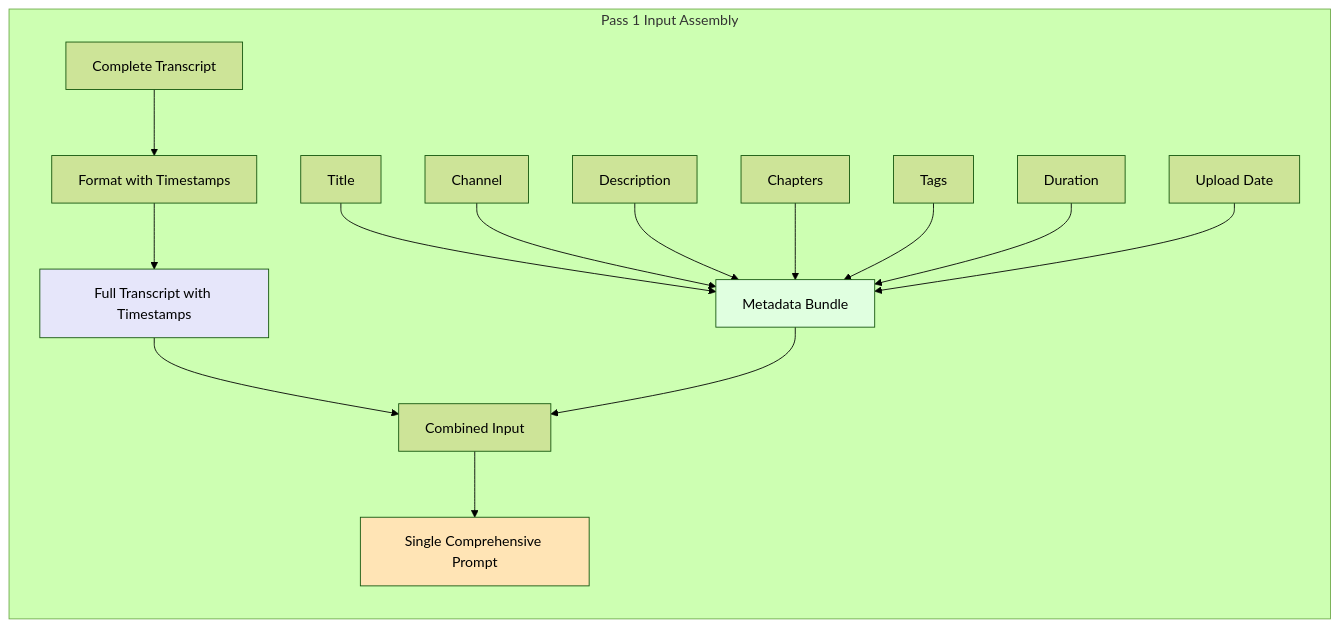
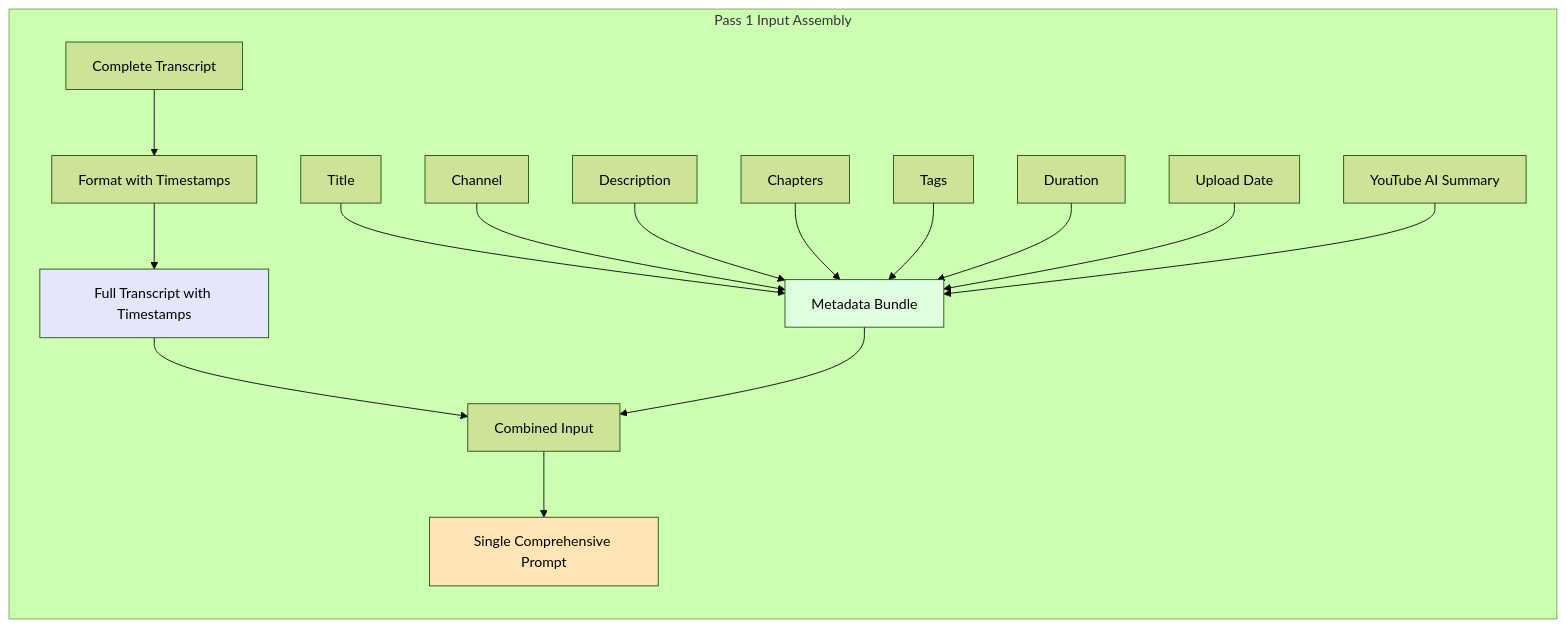
One commit to msg43/Knowledge_Chipper changed the fifth of 16 diagrams in WHOLE_DOCUMENT_MINING_DETAILED_PLAN.md. Above: the diagram before and after it, drawn with Mermaid (forest theme). The commit also changed other lines of this file and 30 other files, not shown here.

````diff
--- a/WHOLE_DOCUMENT_MINING_DETAILED_PLAN.md
+++ b/WHOLE_DOCUMENT_MINING_DETAILED_PLAN.md
@@ -277,24 +249,25 @@
 ```mermaid
 flowchart LR
     subgraph Assembly [Pass 1 Input Assembly]
         Transcript[Complete Transcript] --> Format[Format with Timestamps]
         Format --> FullTranscript[Full Transcript with Timestamps]
         
         Meta1[Title] --> MetaBundle[Metadata Bundle]
         Meta2[Channel] --> MetaBundle
         Meta3[Description] --> MetaBundle
         Meta4[Chapters] --> MetaBundle
         Meta5[Tags] --> MetaBundle
         Meta6[Duration] --> MetaBundle
         Meta7[Upload Date] --> MetaBundle
+        Meta8[YouTube AI Summary] --> MetaBundle
         
         FullTranscript --> Combined[Combined Input]
         MetaBundle --> Combined
         
         Combined --> Prompt1[Single Comprehensive Prompt]
     end
     
     style FullTranscript fill:#E6E6FA
     style MetaBundle fill:#E0FFE0
     style Prompt1 fill:#FFE4B5
 ```
````
